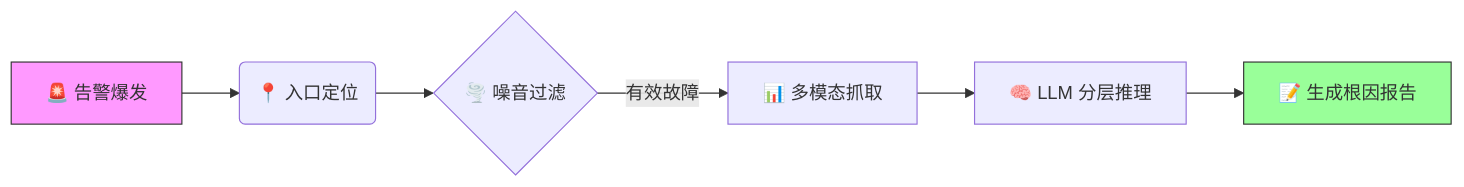
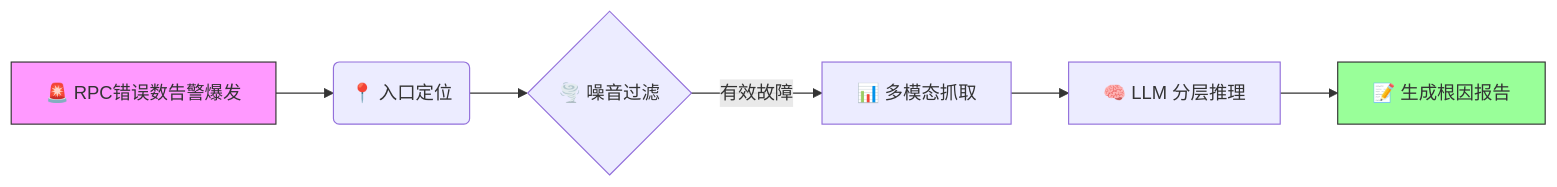
One commit to qingshanyuluo/AIOps-Intelligent-RCA changed the diagram in README.md. Above: the diagram before and after it, drawn with Mermaid. The commit also changed other lines of this file, not shown here.

````diff
--- a/README.md
+++ b/README.md
@@ -52,11 +52,11 @@
 ```mermaid
 graph LR
-    A[🚨 告警爆发] --> B(📍 入口定位)
+    A[🚨 RPC错误数告警爆发] --> B(📍 入口定位)
     B --> C{🌪️ 噪音过滤}
     C -->|有效故障| D[📊 多模态抓取]
     D --> E[🧠 LLM 分层推理]
     E --> F[📝 生成根因报告]
     
     style A fill:#f9f,stroke:#333
     style F fill:#9f9,stroke:#333
 ```
````
